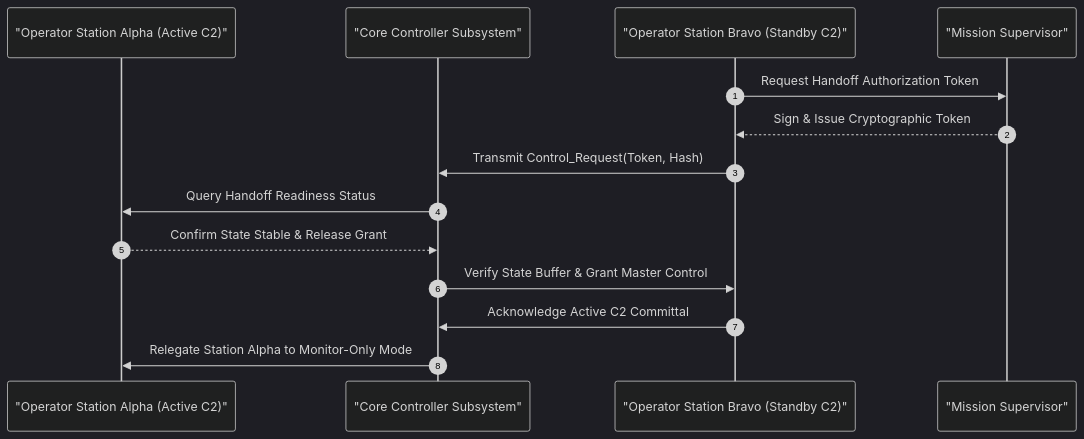
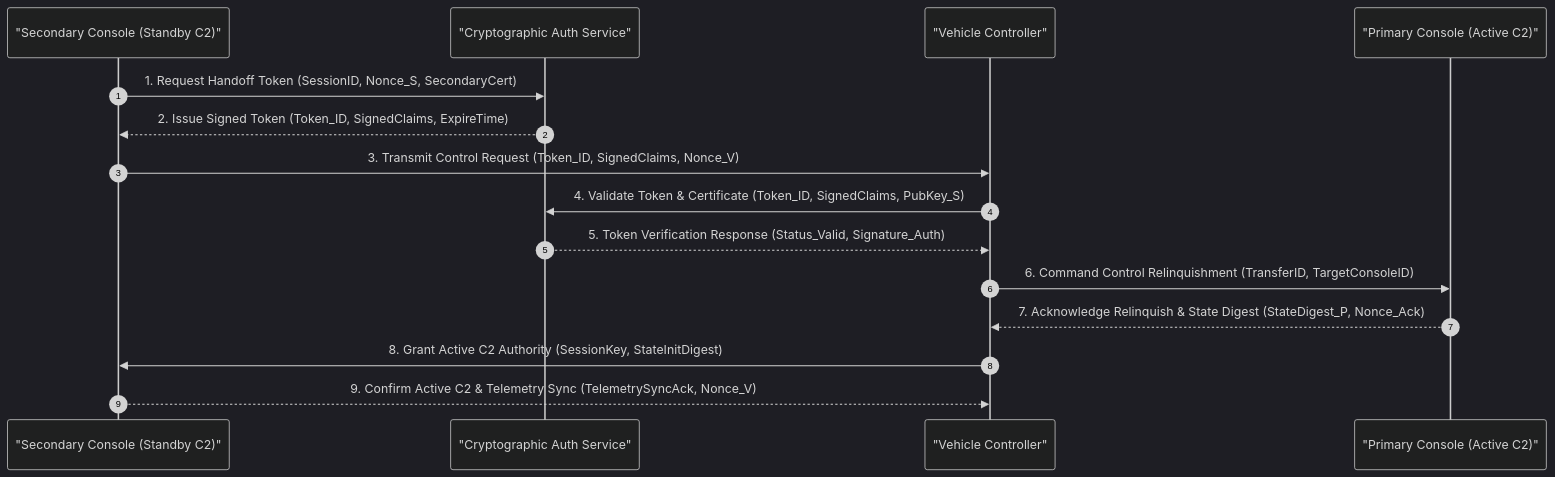
One commit to gintatkinson/DEAP01-spec-core changed the diagram in skills/spec-conops-engineering/resources/units/conops/04_USER_CLASSES_AND_STAKEHOLDERS.md. Above: the diagram before and after it, drawn with Mermaid (dark theme). The commit also changed other lines of this file and 18 other files, not shown here.

````diff
--- a/skills/spec-conops-engineering/resources/units/conops/04_USER_CLASSES_AND_STAKEHOLDERS.md
+++ b/skills/spec-conops-engineering/resources/units/conops/04_USER_CLASSES_AND_STAKEHOLDERS.md
@@ -45,17 +117,18 @@
 ```mermaid
 sequenceDiagram
     autonumber
-    participant Station_A as "Operator Station Alpha (Active C2)"
-    participant CoreController as "Core Controller Subsystem"
-    participant Station_B as "Operator Station Bravo (Standby C2)"
-    participant MS as "Mission Supervisor"
+    participant SecondaryConsole as "Secondary Console (Standby C2)"
+    participant CryptographicAuthService as "Cryptographic Auth Service"
+    participant VehicleController as "Vehicle Controller"
+    participant PrimaryConsole as "Primary Console (Active C2)"
 
-    Station_B->>MS: Request Handoff Authorization Token
-    MS-->>Station_B: Sign & Issue Cryptographic Token
-    Station_B->>CoreController: Transmit Control_Request(Token, Hash)
-    CoreController->>Station_A: Query Handoff Readiness Status
-    Station_A-->>CoreController: Confirm State Stable & Release Grant
-    CoreController->>Station_B: Verify State Buffer & Grant Master Control
-    Station_B->>CoreController: Acknowledge Active C2 Committal
-    CoreController->>Station_A: Relegate Station Alpha to Monitor-Only Mode
+    SecondaryConsole->>CryptographicAuthService: 1. Request Handoff Token (SessionID, Nonce_S, SecondaryCert)
+    CryptographicAuthService-->>SecondaryConsole: 2. Issue Signed Token (Token_ID, SignedClaims, ExpireTime)
+    SecondaryConsole->>VehicleController: 3. Transmit Control Request (Token_ID, SignedClaims, Nonce_V)
+    VehicleController->>CryptographicAuthService: 4. Validate Token & Certificate (Token_ID, SignedClaims, PubKey_S)
+    CryptographicAuthService-->>VehicleController: 5. Token Verification Response (Status_Valid, Signature_Auth)
+    VehicleController->>PrimaryConsole: 6. Command Control Relinquishment (TransferID, TargetConsoleID)
+    PrimaryConsole-->>VehicleController: 7. Acknowledge Relinquish & State Digest (StateDigest_P, Nonce_Ack)
+    VehicleController->>SecondaryConsole: 8. Grant Active C2 Authority (SessionKey, StateInitDigest)
+    SecondaryConsole-->>VehicleController: 9. Confirm Active C2 & Telemetry Sync (TelemetrySyncAck, Nonce_V)
 ```
````
